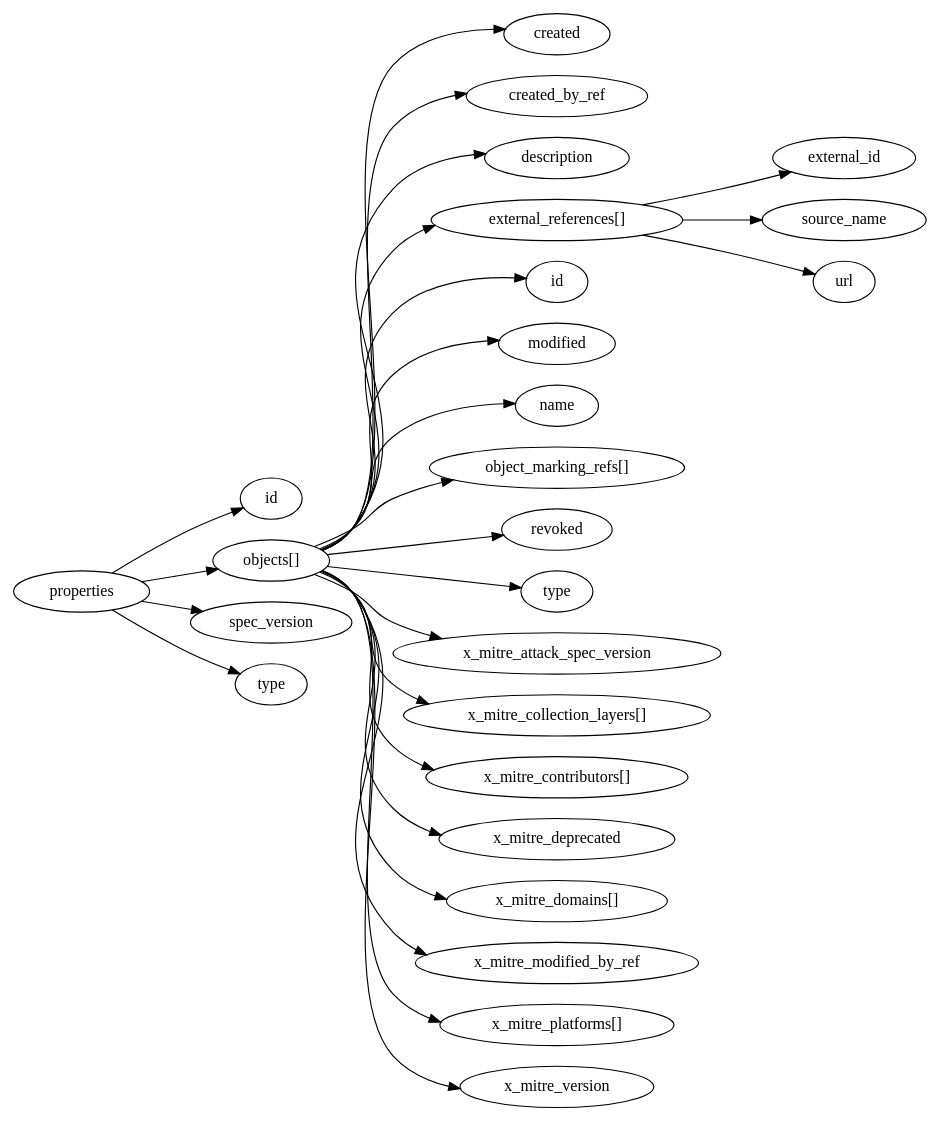
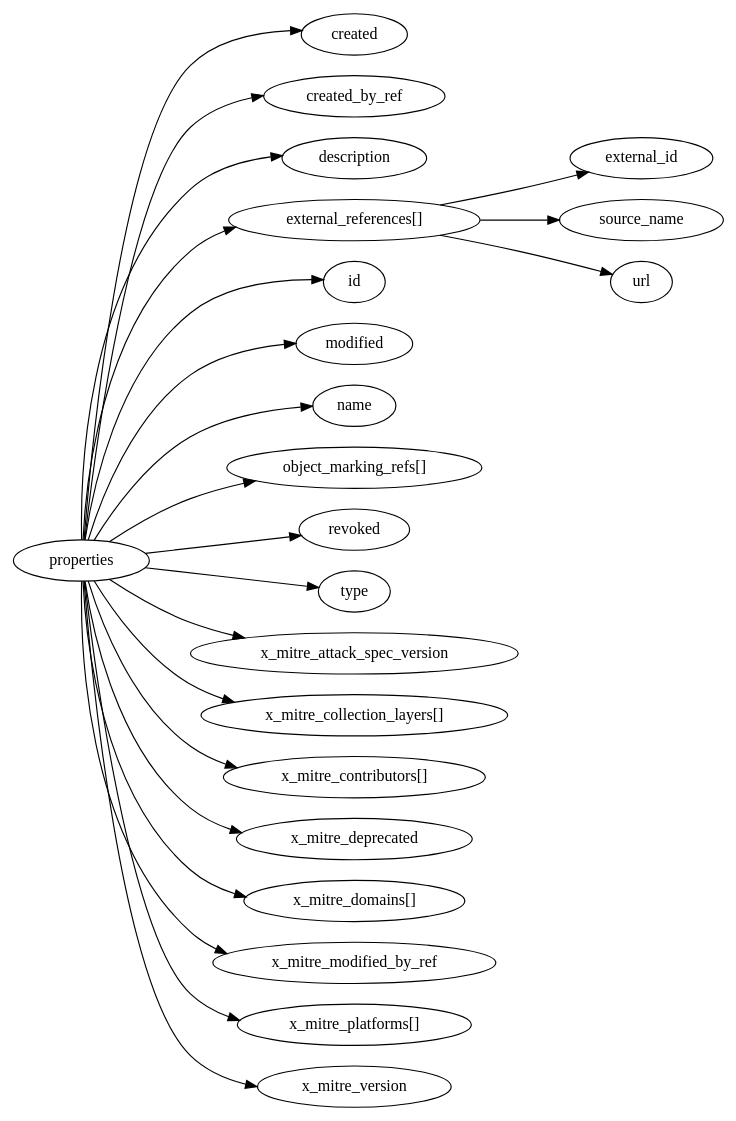
Before and after one commit to whitfieldsdad/json-kit: the diagram in resources/example-data/json/stix2/mitre-attack/dot/x-mitre-data-source.dot, drawn with Graphviz. The commit also changed 68 other files, not shown here.

```diff
--- a/resources/example-data/json/stix2/mitre-attack/dot/x-mitre-data-source.dot
+++ b/resources/example-data/json/stix2/mitre-attack/dot/x-mitre-data-source.dot
@@ -1,53 +1,45 @@
 digraph {
     graph [rankdir=LR]
+    "created" [label="created"]
+    "created_by_ref" [label="created_by_ref"]
+    "description" [label="description"]
+    "external_references" [label="external_references[]"]
+    "external_references.external_id" [label="external_id"]
+    "external_references.source_name" [label="source_name"]
+    "external_references.url" [label="url"]
     "id" [label="id"]
-    "objects" [label="objects[]"]
-    "objects.created" [label="created"]
-    "objects.created_by_ref" [label="created_by_ref"]
-    "objects.description" [label="description"]
-    "objects.external_references" [label="external_references[]"]
-    "objects.external_references.external_id" [label="external_id"]
-    "objects.external_references.source_name" [label="source_name"]
-    "objects.external_references.url" [label="url"]
-    "objects.id" [label="id"]
-    "objects.modified" [label="modified"]
-    "objects.name" [label="name"]
-    "objects.object_marking_refs" [label="object_marking_refs[]"]
-    "objects.revoked" [label="revoked"]
-    "objects.type" [label="type"]
-    "objects.x_mitre_attack_spec_version" [label="x_mitre_attack_spec_version"]
-    "objects.x_mitre_collection_layers" [label="x_mitre_collection_layers[]"]
-    "objects.x_mitre_contributors" [label="x_mitre_contributors[]"]
-    "objects.x_mitre_deprecated" [label="x_mitre_deprecated"]
-    "objects.x_mitre_domains" [label="x_mitre_domains[]"]
-    "objects.x_mitre_modified_by_ref" [label="x_mitre_modified_by_ref"]
-    "objects.x_mitre_platforms" [label="x_mitre_platforms[]"]
-    "objects.x_mitre_version" [label="x_mitre_version"]
-    "spec_version" [label="spec_version"]
+    "modified" [label="modified"]
+    "name" [label="name"]
+    "object_marking_refs" [label="object_marking_refs[]"]
+    "revoked" [label="revoked"]
     "type" [label="type"]
+    "x_mitre_attack_spec_version" [label="x_mitre_attack_spec_version"]
+    "x_mitre_collection_layers" [label="x_mitre_collection_layers[]"]
+    "x_mitre_contributors" [label="x_mitre_contributors[]"]
+    "x_mitre_deprecated" [label="x_mitre_deprecated"]
+    "x_mitre_domains" [label="x_mitre_domains[]"]
+    "x_mitre_modified_by_ref" [label="x_mitre_modified_by_ref"]
+    "x_mitre_platforms" [label="x_mitre_platforms[]"]
+    "x_mitre_version" [label="x_mitre_version"]
+    "properties" -> "modified"
+    "properties" -> "name"
+    "properties" -> "description"
+    "properties" -> "x_mitre_platforms"
+    "properties" -> "x_mitre_deprecated"
+    "properties" -> "x_mitre_domains"
+    "properties" -> "x_mitre_version"
+    "properties" -> "x_mitre_contributors"
+    "properties" -> "x_mitre_collection_layers"
     "properties" -> "type"
     "properties" -> "id"
-    "properties" -> "spec_version"
-    "properties" -> "objects"
-    "objects" -> "objects.modified"
-    "objects" -> "objects.name"
-    "objects" -> "objects.description"
-    "objects" -> "objects.x_mitre_platforms"
-    "objects" -> "objects.x_mitre_deprecated"
-    "objects" -> "objects.x_mitre_domains"
-    "objects" -> "objects.x_mitre_version"
-    "objects" -> "objects.x_mitre_contributors"
-    "objects" -> "objects.x_mitre_collection_layers"
-    "objects" -> "objects.type"
-    "objects" -> "objects.id"
-    "objects" -> "objects.created"
-    "objects" -> "objects.created_by_ref"
-    "objects" -> "objects.revoked"
-    "objects" -> "objects.external_references"
-    "objects" -> "objects.object_marking_refs"
-    "objects" -> "objects.x_mitre_attack_spec_version"
-    "objects" -> "objects.x_mitre_modified_by_ref"
-    "objects.external_references" -> "objects.external_references.source_name"
-    "objects.external_references" -> "objects.external_references.url"
-    "objects.external_references" -> "objects.external_references.external_id"
+    "properties" -> "created"
+    "properties" -> "created_by_ref"
+    "properties" -> "revoked"
+    "properties" -> "external_references"
+    "properties" -> "object_marking_refs"
+    "properties" -> "x_mitre_attack_spec_version"
+    "properties" -> "x_mitre_modified_by_ref"
+    "external_references" -> "external_references.source_name"
+    "external_references" -> "external_references.url"
+    "external_references" -> "external_references.external_id"
 }
```
